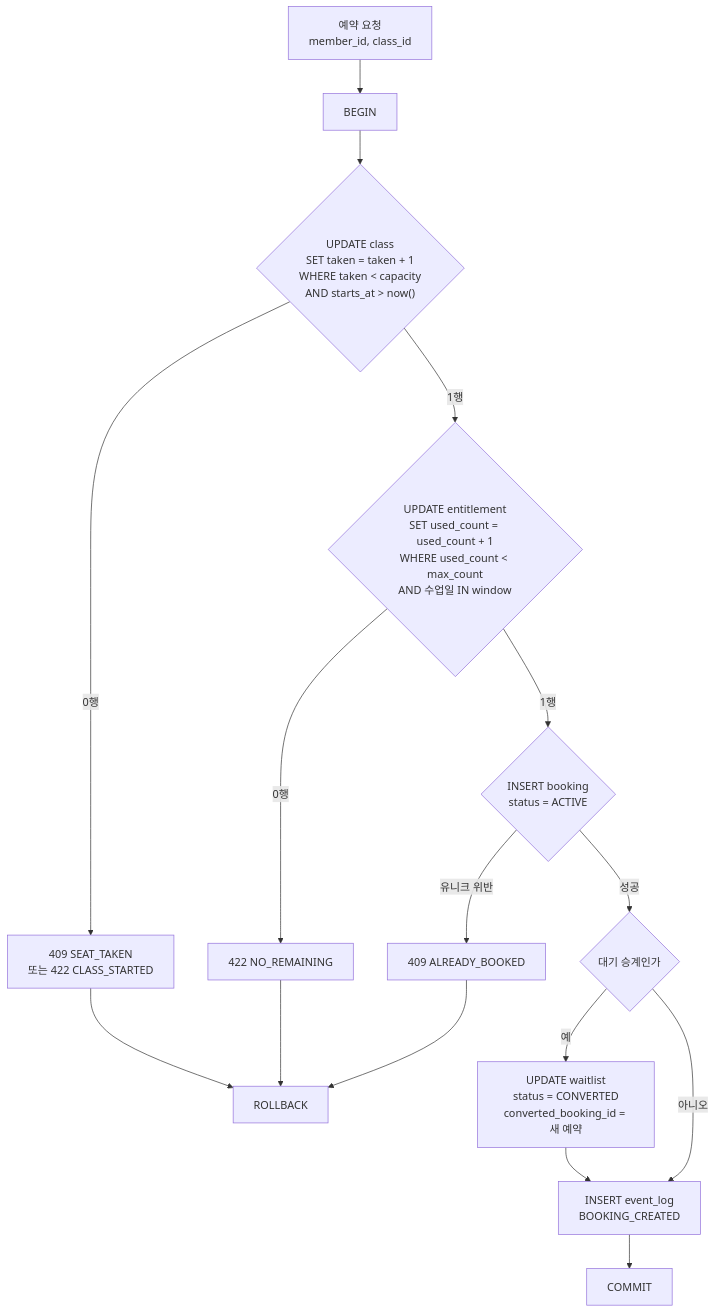
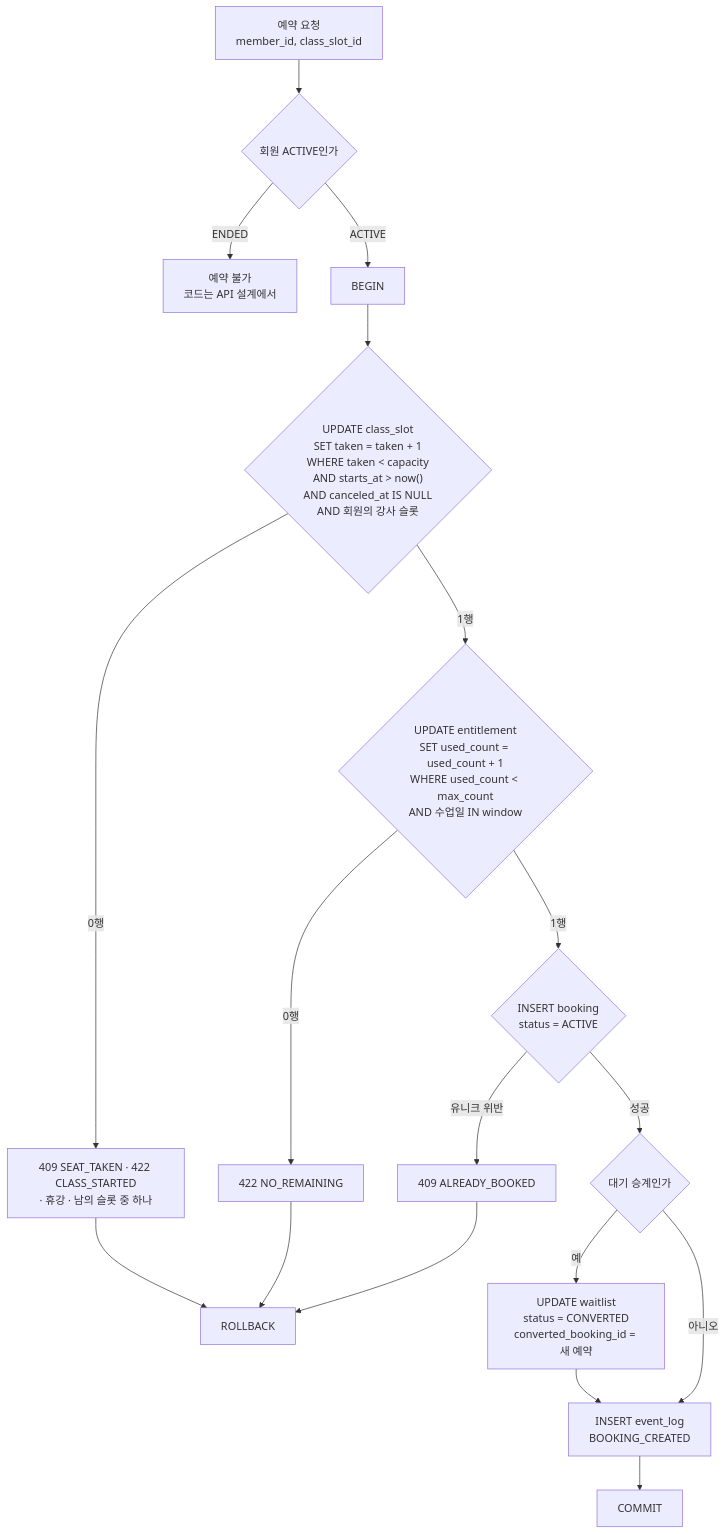
Before and after one commit to Fit-link-v2/FitLink-BE: the first of 3 diagrams in docs/spec/booking/write-paths.md, drawn with Mermaid. The commit also changed other lines of this file and 42 other files, not shown here.

First line of the commit message:
docs: 2026-09-25 회의 결정을 ERD · 테이블 설계에 반영 (#1)

````diff
--- a/docs/spec/booking/write-paths.md
+++ b/docs/spec/booking/write-paths.md
@@ -11,18 +16,20 @@
 ```mermaid
 flowchart TD
-    A["예약 요청<br/>member_id, class_id"] --> B["BEGIN"]
-    B --> C{"UPDATE class<br/>SET taken = taken + 1<br/>WHERE taken < capacity<br/>AND starts_at > now()"}
-    C -->|"0행"| C1["409 SEAT_TAKEN<br/>또는 422 CLASS_STARTED"]
+    A["예약 요청<br/>member_id, class_slot_id"] --> A1{"회원 ACTIVE인가"}
+    A1 -->|"ENDED"| A2["예약 불가<br/>코드는 API 설계에서"]
+    A1 -->|"ACTIVE"| B["BEGIN"]
+    B --> C{"UPDATE class_slot<br/>SET taken = taken + 1<br/>WHERE taken < capacity<br/>AND starts_at > now()<br/>AND canceled_at IS NULL<br/>AND 회원의 강사 슬롯"}
+    C -->|"0행"| C1["409 SEAT_TAKEN · 422 CLASS_STARTED<br/>· 휴강 · 남의 슬롯 중 하나"]
     C -->|"1행"| D{"UPDATE entitlement<br/>SET used_count = used_count + 1<br/>WHERE used_count < max_count<br/>AND 수업일 IN window"}
     D -->|"0행"| D1["422 NO_REMAINING"]
     D -->|"1행"| E{"INSERT booking<br/>status = ACTIVE"}
     E -->|"유니크 위반"| E1["409 ALREADY_BOOKED"]
     E -->|"성공"| F{"대기 승계인가"}
     F -->|"예"| G["UPDATE waitlist<br/>status = CONVERTED<br/>converted_booking_id = 새 예약"]
     F -->|"아니오"| H["INSERT event_log<br/>BOOKING_CREATED"]
     G --> H
     H --> I["COMMIT"]
     C1 --> R["ROLLBACK"]
     D1 --> R
     E1 --> R
 ```
````
